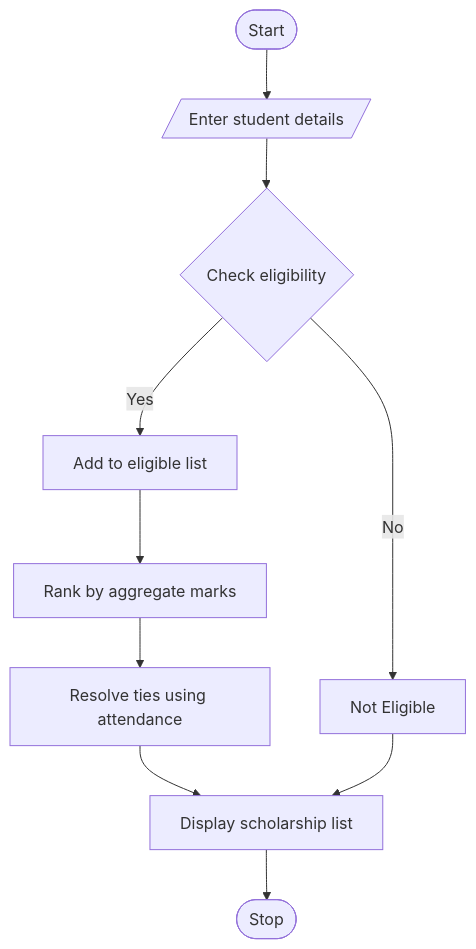
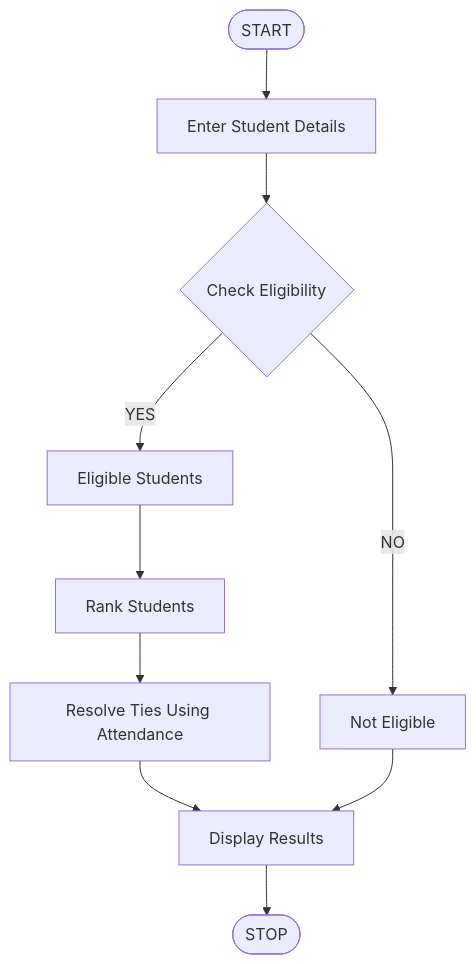
One commit to nihaa-18/Python-Activity-Based-Learning changed the diagram in task1/code.md. Above: the diagram before and after it, drawn with Mermaid. The commit also changed other lines of this file, not shown here.

Commit message:
Update scholarship allocation system documentation

````diff
--- a/task1/code.md
+++ b/task1/code.md
@@ -22,12 +20,12 @@
 ```mermaid
 flowchart TD
-    A([Start]) --> B[/Enter student details/]
-    B --> C{Check eligibility}
-    C -->|No| D[Not Eligible]
-    C -->|Yes| E[Add to eligible list]
-    E --> F[Rank by aggregate marks]
-    F --> G[Resolve ties using attendance]
-    G --> H[Display scholarship list]
-    D --> H
-    H --> I([Stop])
+A([START]) --> B[Enter Student Details]
+B --> C{Check Eligibility}
+C -->|YES| D[Eligible Students]
+C -->|NO| E[Not Eligible]
+D --> F[Rank Students]
+F --> G[Resolve Ties Using Attendance]
+G --> H[Display Results]
+E --> H
+H --> I([STOP])
 ```
````
